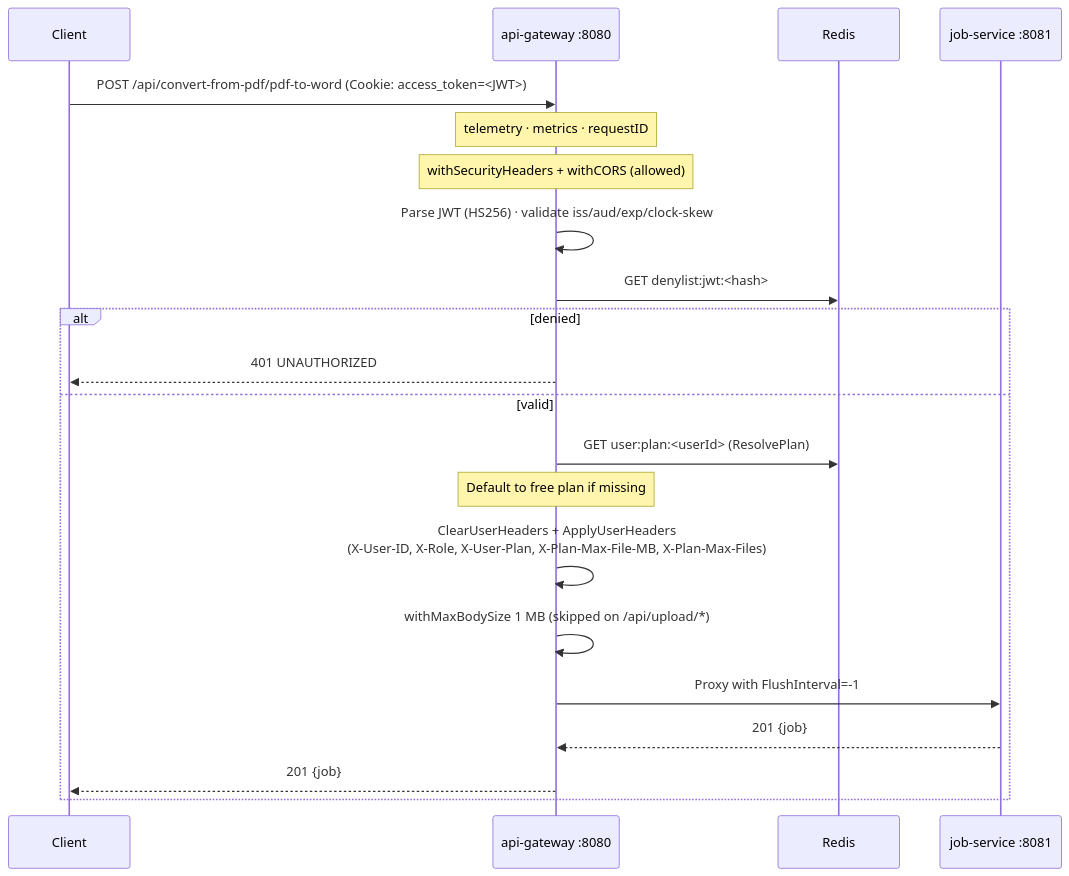
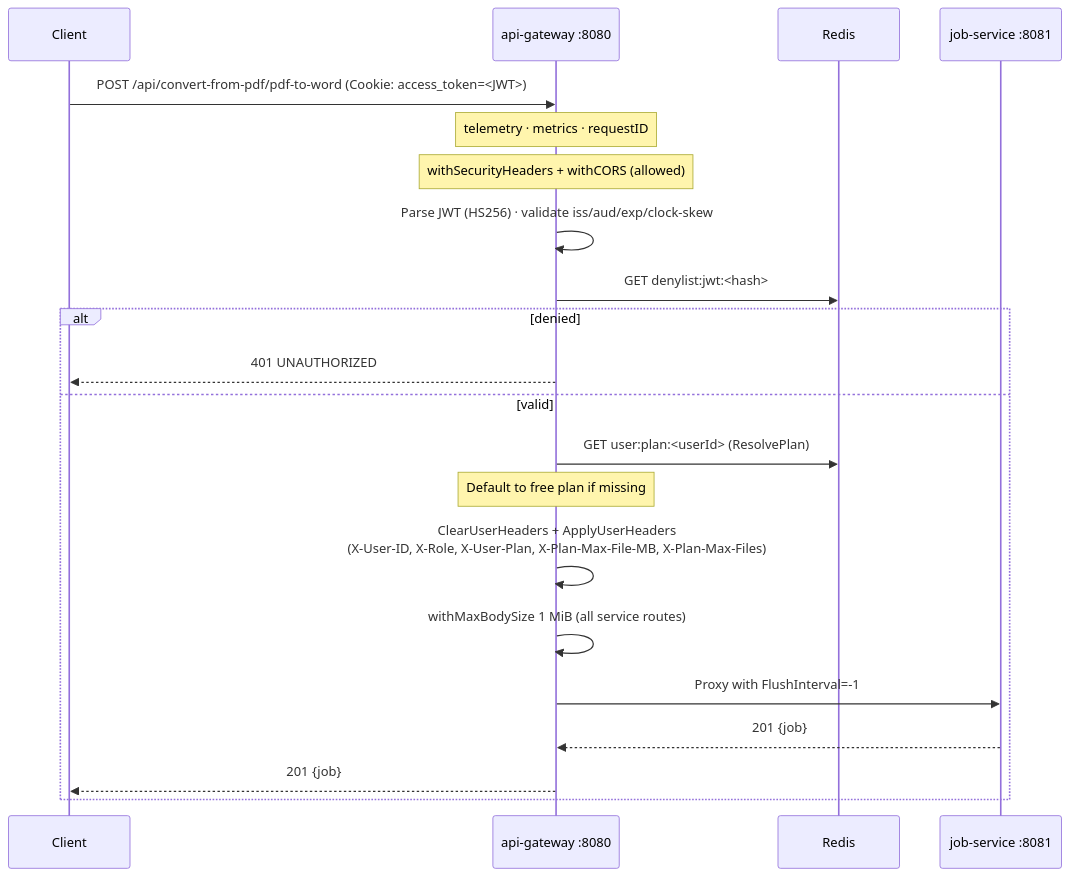
Before and after one commit to Prachidubey2003/fyredocs_backend: the first of 8 diagrams in docs/developer/mermaid/service-api-gateway-sequence.md, drawn with Mermaid. The commit also changed other lines of this file and 84 other files, not shown here.

````diff
--- a/docs/developer/mermaid/service-api-gateway-sequence.md
+++ b/docs/developer/mermaid/service-api-gateway-sequence.md
@@ -7,25 +7,25 @@
 ```mermaid
 sequenceDiagram
     participant Client
     participant GW as api-gateway :8080
     participant Redis
     participant JobSvc as job-service :8081
 
     Client->>GW: POST /api/convert-from-pdf/pdf-to-word (Cookie: access_token=<JWT>)
     Note over GW: telemetry · metrics · requestID
     Note over GW: withSecurityHeaders + withCORS (allowed)
 
     GW->>GW: Parse JWT (HS256) · validate iss/aud/exp/clock-skew
     GW->>Redis: GET denylist:jwt:<hash>
     alt denied
         GW-->>Client: 401 UNAUTHORIZED
     else valid
         GW->>Redis: GET user:plan:<userId>  (ResolvePlan)
         Note over GW: Default to free plan if missing
         GW->>GW: ClearUserHeaders + ApplyUserHeaders<br/>(X-User-ID, X-Role, X-User-Plan, X-Plan-Max-File-MB, X-Plan-Max-Files)
-        GW->>GW: withMaxBodySize 1 MB (skipped on /api/upload/*)
+        GW->>GW: withMaxBodySize 1 MiB (all service routes)
         GW->>JobSvc: Proxy with FlushInterval=-1
         JobSvc-->>GW: 201 {job}
         GW-->>Client: 201 {job}
     end
 ```
````
